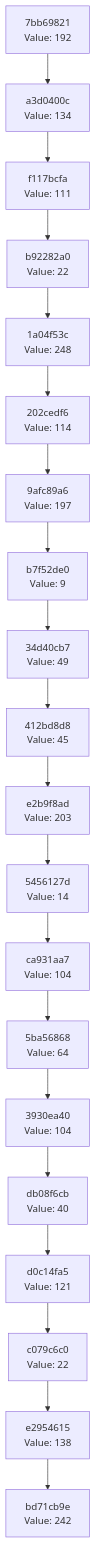
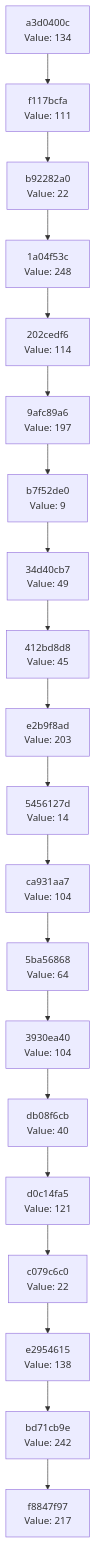
Before and after one commit to Abhisheksinha1506/hash-chain-evolver: the diagram in docs/CHAIN_VISUALIZATION.md, drawn with Mermaid. The commit also changed 3 other files, not shown here.

````diff
--- a/docs/CHAIN_VISUALIZATION.md
+++ b/docs/CHAIN_VISUALIZATION.md
@@ -3,42 +3,42 @@
 ```mermaid
 graph TD
-    C0["bd71cb9e<br/>Value: 242"]
-    C1["e2954615<br/>Value: 138"]
+    C0["f8847f97<br/>Value: 217"]
+    C1["bd71cb9e<br/>Value: 242"]
     C1 --> C0
-    C2["c079c6c0<br/>Value: 22"]
+    C2["e2954615<br/>Value: 138"]
     C2 --> C1
-    C3["d0c14fa5<br/>Value: 121"]
+    C3["c079c6c0<br/>Value: 22"]
     C3 --> C2
-    C4["db08f6cb<br/>Value: 40"]
+    C4["d0c14fa5<br/>Value: 121"]
     C4 --> C3
-    C5["3930ea40<br/>Value: 104"]
+    C5["db08f6cb<br/>Value: 40"]
     C5 --> C4
-    C6["5ba56868<br/>Value: 64"]
+    C6["3930ea40<br/>Value: 104"]
     C6 --> C5
-    C7["ca931aa7<br/>Value: 104"]
+    C7["5ba56868<br/>Value: 64"]
     C7 --> C6
-    C8["5456127d<br/>Value: 14"]
+    C8["ca931aa7<br/>Value: 104"]
     C8 --> C7
-    C9["e2b9f8ad<br/>Value: 203"]
+    C9["5456127d<br/>Value: 14"]
     C9 --> C8
-    C10["412bd8d8<br/>Value: 45"]
+    C10["e2b9f8ad<br/>Value: 203"]
     C10 --> C9
-    C11["34d40cb7<br/>Value: 49"]
+    C11["412bd8d8<br/>Value: 45"]
     C11 --> C10
-    C12["b7f52de0<br/>Value: 9"]
+    C12["34d40cb7<br/>Value: 49"]
     C12 --> C11
-    C13["9afc89a6<br/>Value: 197"]
+    C13["b7f52de0<br/>Value: 9"]
     C13 --> C12
-    C14["202cedf6<br/>Value: 114"]
+    C14["9afc89a6<br/>Value: 197"]
     C14 --> C13
-    C15["1a04f53c<br/>Value: 248"]
+    C15["202cedf6<br/>Value: 114"]
     C15 --> C14
-    C16["b92282a0<br/>Value: 22"]
+    C16["1a04f53c<br/>Value: 248"]
     C16 --> C15
-    C17["f117bcfa<br/>Value: 111"]
+    C17["b92282a0<br/>Value: 22"]
     C17 --> C16
-    C18["a3d0400c<br/>Value: 134"]
+    C18["f117bcfa<br/>Value: 111"]
     C18 --> C17
-    C19["7bb69821<br/>Value: 192"]
+    C19["a3d0400c<br/>Value: 134"]
     C19 --> C18
 ```
````
